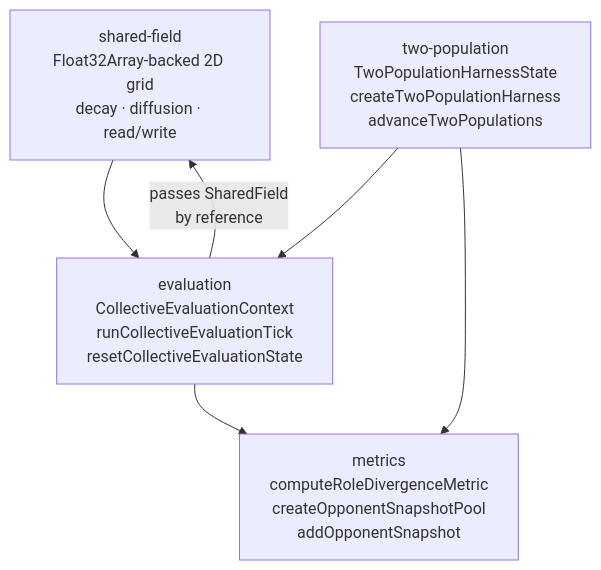
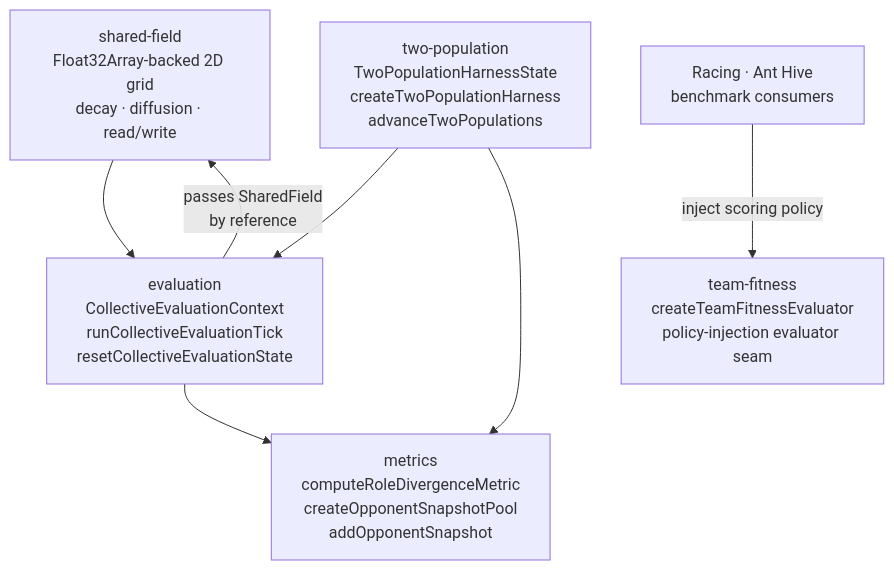
The second of 2 diagrams in src/neat/nge-collective/README.md (reicek/NeatapticTS), drawn with Mermaid before and after one commit. The commit also changed other lines of this file and 146 other files, not shown here.

````diff
--- a/src/neat/nge-collective/README.md
+++ b/src/neat/nge-collective/README.md
@@ -98,9 +129,11 @@
 ```mermaid
 graph TD
   A["shared-field\nFloat32Array-backed 2D grid\ndecay · diffusion · read/write"] --> B
   B["evaluation\nCollectiveEvaluationContext\nrunCollectiveEvaluationTick\nresetCollectiveEvaluationState"] --> C
   C["metrics\ncomputeRoleDivergenceMetric\ncreateOpponentSnapshotPool\naddOpponentSnapshot"]
   B -->|"passes SharedField\nby reference"| A
   D["two-population\nTwoPopulationHarnessState\ncreateTwoPopulationHarness\nadvanceTwoPopulations"] --> B
   D --> C
+  E["team-fitness\ncreateTeamFitnessEvaluator\npolicy-injection evaluator seam"]
+  Consumers["Racing · Ant Hive\nbenchmark consumers"] -->|"inject scoring policy"| E
 ```
````
